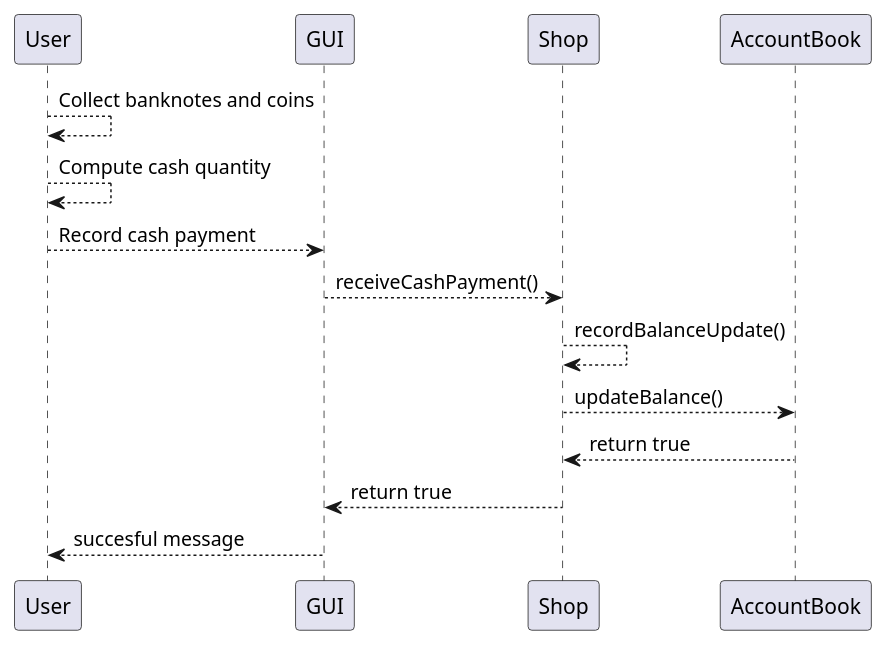
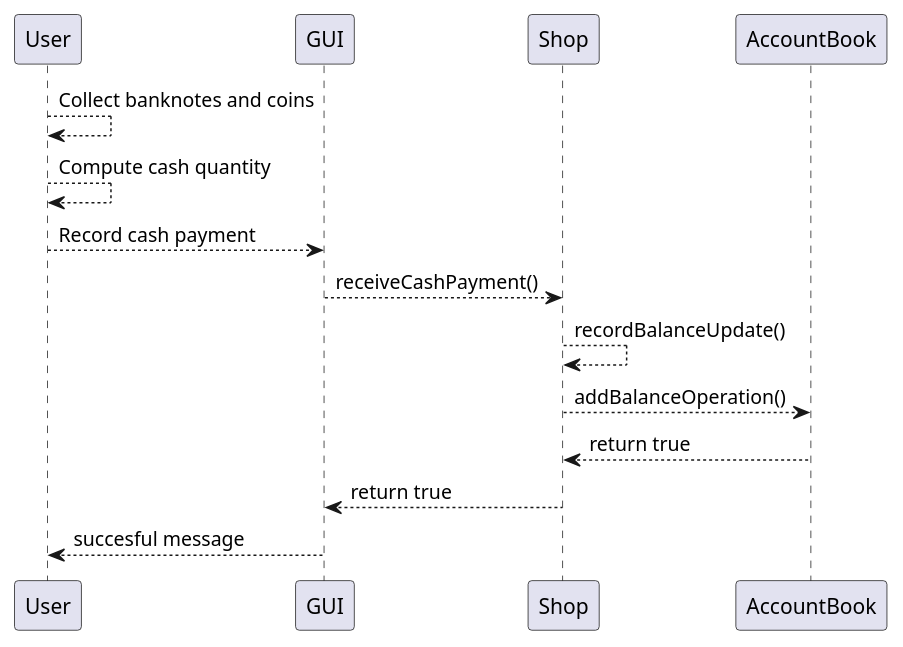
One commit to Stormz4/group20-EzShop changed diagram 14 of 19 in Deliverables/DesignDocument.md. Above: the diagram before and after it, drawn with PlantUML. The commit also changed other lines of this file, not shown here.

````diff
--- a/Deliverables/DesignDocument.md
+++ b/Deliverables/DesignDocument.md
@@ -507,13 +507,13 @@
 ```plantuml
 @startuml
 User --> User: Collect banknotes and coins
 User --> User: Compute cash quantity
 User --> GUI: Record cash payment
 GUI --> Shop: receiveCashPayment()
 Shop --> Shop: recordBalanceUpdate()
-Shop --> AccountBook: updateBalance()
+Shop --> AccountBook: addBalanceOperation()
 AccountBook --> Shop: return true
 Shop --> GUI: return true
 GUI --> User: succesful message
 @enduml
 ```
````
